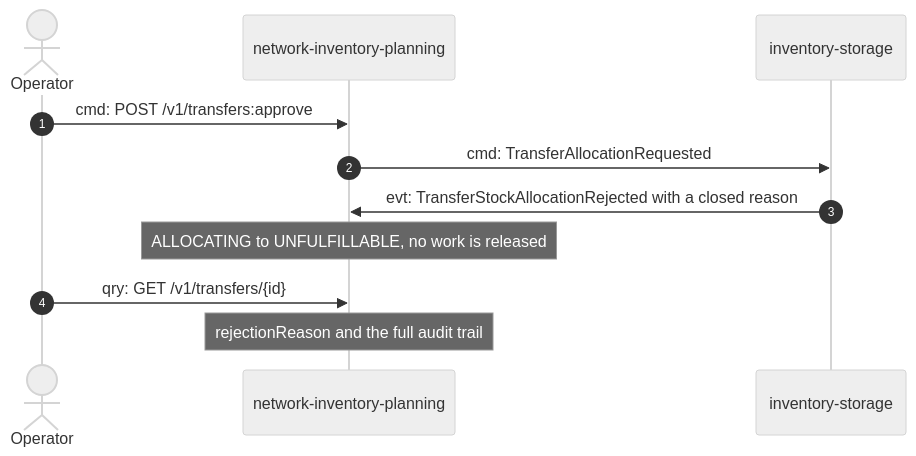
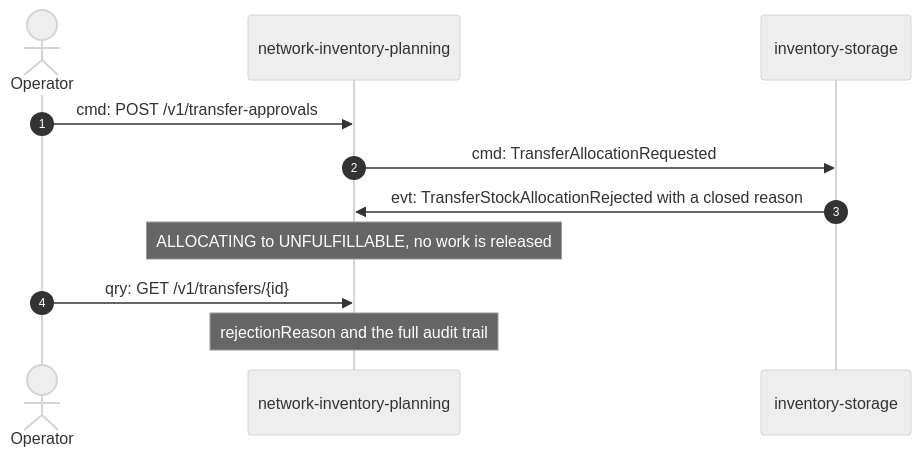
One commit to IQVO/warehouse-docs changed the third of 4 diagrams in docs/contexts/network-inventory-planning/domain-message-flow.md. Above: the diagram before and after it, drawn with Mermaid (neutral theme). The commit also changed other lines of this file and 272 other files, not shown here.

````diff
--- a/docs/contexts/network-inventory-planning/domain-message-flow.md
+++ b/docs/contexts/network-inventory-planning/domain-message-flow.md
@@ -81,13 +81,13 @@
 ```mermaid
 sequenceDiagram
   autonumber
   actor Op as Operator
   participant NIP as network-inventory-planning
   participant INV as inventory-storage
-  Op->>NIP: cmd: POST /v1/transfers:approve
+  Op->>NIP: cmd: POST /v1/transfer-approvals
   NIP->>INV: cmd: TransferAllocationRequested
   INV->>NIP: evt: TransferStockAllocationRejected with a closed reason
   Note over NIP: ALLOCATING to UNFULFILLABLE, no work is released
   Op->>NIP: qry: GET /v1/transfers/{id}
   Note over NIP: rejectionReason and the full audit trail
 ```
````
